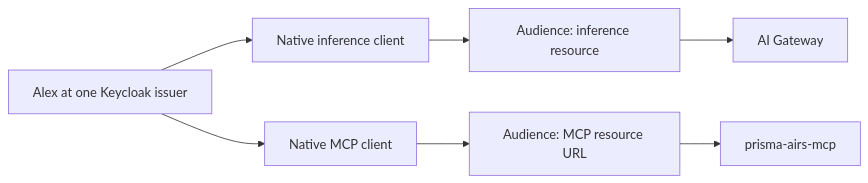
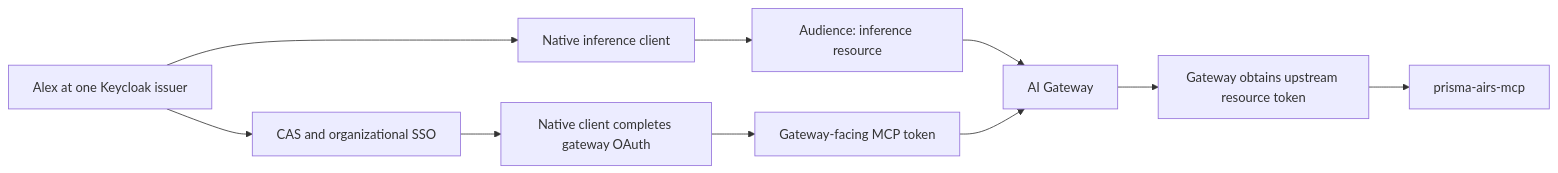
The diagram in docs/keycloak.md (cdot65/prisma-airs-reference-architecture), drawn with Mermaid before and after one commit. The commit also changed other lines of this file and 15 other files, not shown here.

Commit message:
Align all lessons and labs with required gateway MCP and alpha14 status

````diff
--- a/docs/keycloak.md
+++ b/docs/keycloak.md
@@ -48,11 +48,14 @@
 ```mermaid
 flowchart LR
-    accTitle: One issuer with two resource contracts
-    accDescr: The same user obtains separate native-client tokens for the inference resource and the MCP resource. Each token is presented only to its intended receiver.
+    accTitle: Separate inference and MCP authentication contracts
+    accDescr: The harness presents inference and gateway-facing MCP credentials to the gateway. The gateway obtains and presents the upstream resource token.
     person["Alex at one Keycloak issuer"] --> inferenceClient["Native inference client"]
-    person --> mcpClient["Native MCP client"]
+    person --> cas["CAS and organizational SSO"]
+    cas --> mcpClient["Native client completes gateway OAuth"]
     inferenceClient --> inferenceToken["Audience: inference resource"]
-    mcpClient --> mcpToken["Audience: MCP resource URL"]
+    mcpClient --> mcpToken["Gateway-facing MCP token"]
     inferenceToken --> gateway["AI Gateway"]
-    mcpToken --> server["prisma-airs-mcp"]
+    mcpToken --> gateway
+    gateway --> upstreamToken["Gateway obtains upstream resource token"]
+    upstreamToken --> server["prisma-airs-mcp"]
 ```
````
